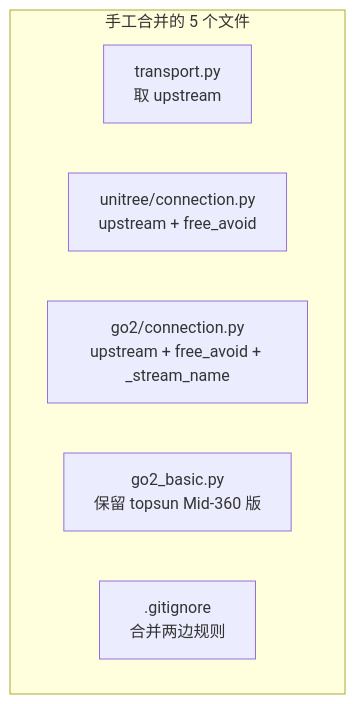
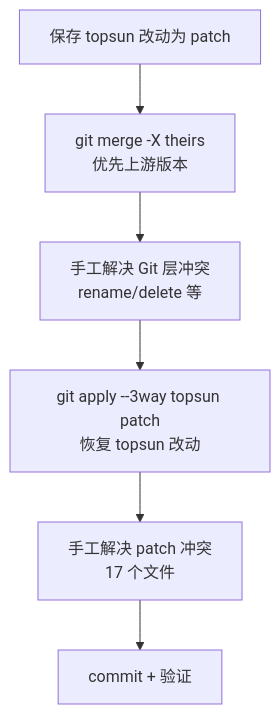
One commit to topsun-bot/topsun_dimos changed diagram 13 of 15 in docs/cursor/20260709-upstream-merge-fdf3cb7d说明.md. Above: the diagram before and after it, drawn with Mermaid. The commit also changed other lines of this file and 7 other files, not shown here.

````diff
--- a/docs/cursor/20260709-upstream-merge-fdf3cb7d说明.md
+++ b/docs/cursor/20260709-upstream-merge-fdf3cb7d说明.md
@@ -211,10 +755,8 @@
 ```mermaid
 flowchart TB
-    subgraph 手工合并的 5 个文件
-        T[transport.py<br/>取 upstream]
-        UC[unitree/connection.py<br/>upstream + free_avoid]
-        GC[go2/connection.py<br/>upstream + free_avoid + _stream_name]
-        GB[go2_basic.py<br/>保留 topsun Mid-360 版]
-        GI[.gitignore<br/>合并两边规则]
-    end
+  A[保存 topsun 改动为 patch] --> B[git merge -X theirs<br/>优先上游版本]
+  B --> C[手工解决 Git 层冲突<br/>rename/delete 等]
+  C --> D[git apply --3way topsun patch<br/>恢复 topsun 改动]
+  D --> E[手工解决 patch 冲突<br/>17 个文件]
+  E --> F[commit + 验证]
 ```
````
